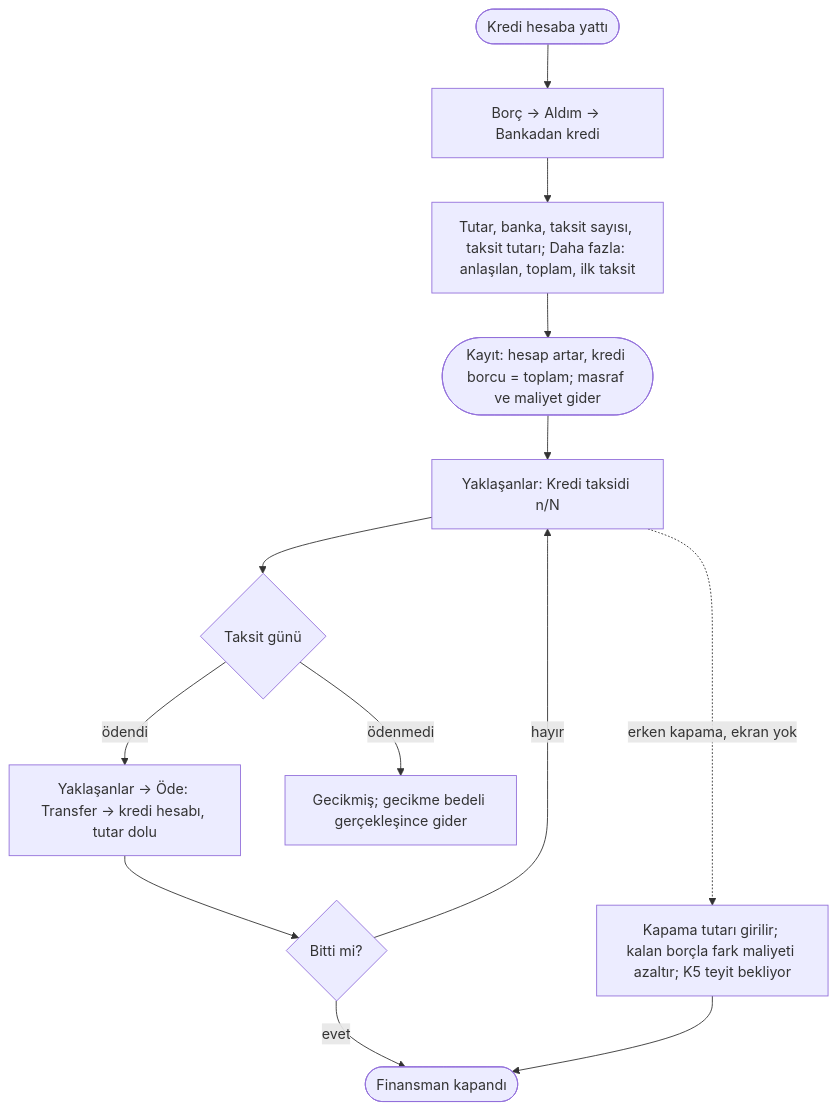
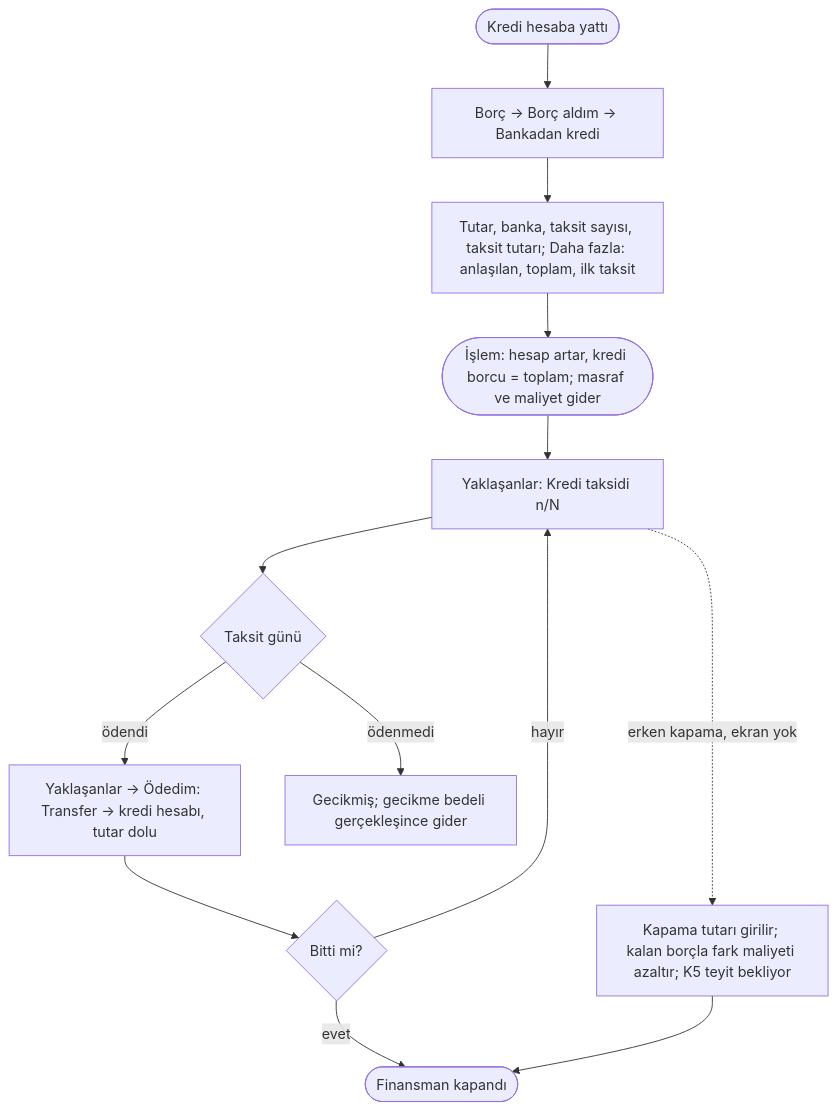
One commit to akderelianil/aa-finance changed the diagram in docs/ux/akislar/AKS-009-kredi.md. Above: the diagram before and after it, drawn with Mermaid. The commit also changed other lines of this file and 18 other files, not shown here.

````diff
--- a/docs/ux/akislar/AKS-009-kredi.md
+++ b/docs/ux/akislar/AKS-009-kredi.md
@@ -37,15 +37,15 @@
 ```mermaid
 flowchart TD
-  A([Kredi hesaba yattı]) --> B[Borç → Aldım → Bankadan kredi]
+  A([Kredi hesaba yattı]) --> B[Borç → Borç aldım → Bankadan kredi]
   B --> B1[Tutar, banka, taksit sayısı, taksit tutarı; Daha fazla: anlaşılan, toplam, ilk taksit]
-  B1 --> C([Kayıt: hesap artar, kredi borcu = toplam; masraf ve maliyet gider])
+  B1 --> C([İşlem: hesap artar, kredi borcu = toplam; masraf ve maliyet gider])
   C --> D[Yaklaşanlar: Kredi taksidi n/N]
   D --> E{Taksit günü}
-  E -- ödendi --> F[Yaklaşanlar → Öde: Transfer → kredi hesabı, tutar dolu]
+  E -- ödendi --> F[Yaklaşanlar → Ödedim: Transfer → kredi hesabı, tutar dolu]
   E -- ödenmedi --> G[Gecikmiş; gecikme bedeli gerçekleşince gider]
   F --> H{Bitti mi?}
   H -- hayır --> D
   H -- evet --> I([Finansman kapandı])
   D -. erken kapama, ekran yok .-> K[Kapama tutarı girilir; kalan borçla fark maliyeti azaltır; K5 teyit bekliyor]
   K --> I
 ```
````
